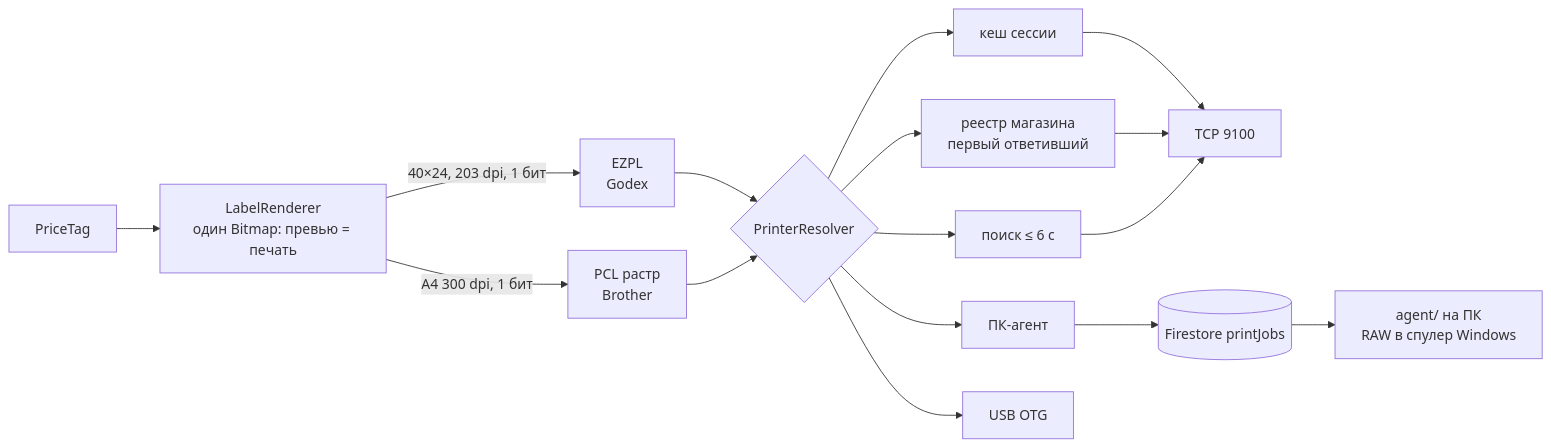
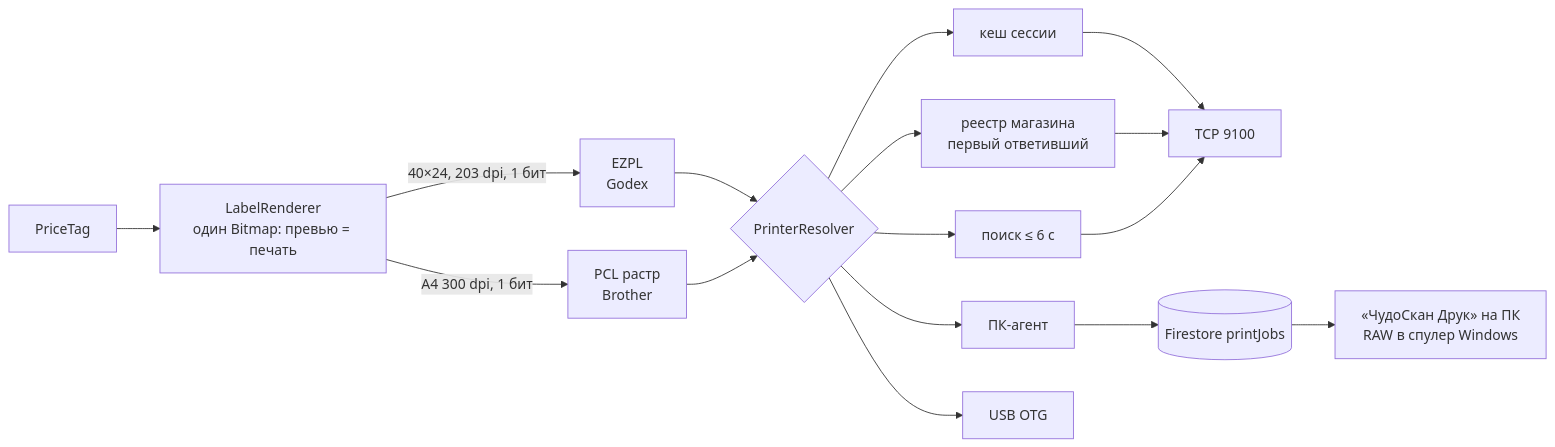
Before and after one commit to Nikifor3663636/chudoskan: the seventh of 8 diagrams in ARCHITECTURE.md, drawn with Mermaid. The commit also changed other lines of this file and 20 other files, not shown here.

````diff
--- a/ARCHITECTURE.md
+++ b/ARCHITECTURE.md
@@ -249,11 +249,11 @@
 ```mermaid
 flowchart LR
     tag[PriceTag] --> r[LabelRenderer<br/>один Bitmap: превью = печать]
     r -->|40×24, 203 dpi, 1 бит| ezpl[EZPL<br/>Godex]
     r -->|A4 300 dpi, 1 бит| pcl[PCL растр<br/>Brother]
     ezpl & pcl --> pick{PrinterResolver}
     pick --> c[кеш сессии] & reg[реестр магазина<br/>первый ответивший] & disc[поиск ≤ 6 с] & agent[ПК-агент]
     c & reg & disc --> tcp[TCP 9100]
     pick --> usb[USB OTG]
-    agent --> jobs[(Firestore printJobs)] --> pc[agent/ на ПК<br/>RAW в спулер Windows]
+    agent --> jobs[(Firestore printJobs)] --> pc[«ЧудоСкан Друк» на ПК<br/>RAW в спулер Windows]
 ```
````
